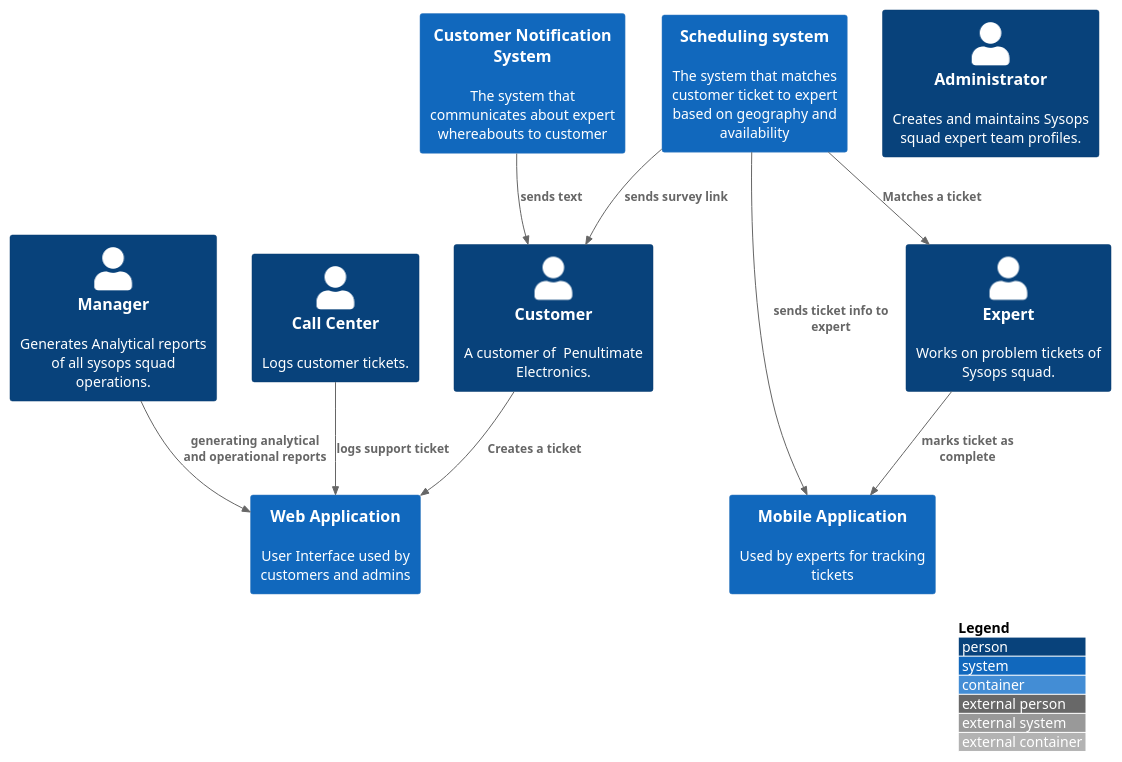
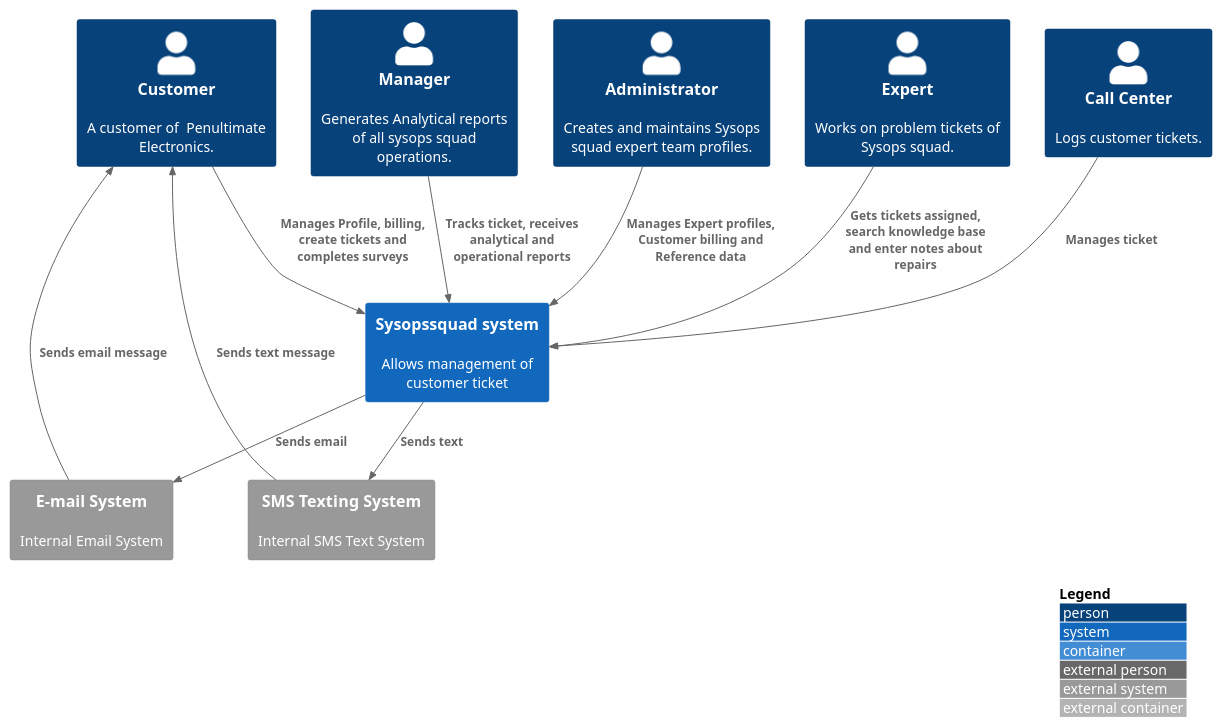
The diagram in src/1 Sysops Squad/system.puml (architectonics/sysopssquad), drawn with PlantUML before and after one commit.

Commit message:
Add Context diagram

```diff
--- a/src/1 Sysops Squad/system.puml
+++ b/src/1 Sysops Squad/system.puml
@@ -1,30 +1,29 @@
 @startuml
 !include https://raw.githubusercontent.com/adrianvlupu/C4-PlantUML/latest/C4_Container.puml
 
 LAYOUT_WITH_LEGEND()
 
 Person(customer, "Customer", "A customer of  Penultimate Electronics.")
 Person(admin, "Administrator", "Creates and maintains Sysops squad expert team profiles.")
 Person(expert, "Expert", "Works on problem tickets of Sysops squad.")
 Person(manager, "Manager", "Generates Analytical reports of all sysops squad operations.")
 Person(agent, "Call Center", "Logs customer tickets.")
 
+System(ss, "Sysopssquad system", "Allows management of customer ticket")
 
-System(ss, "Scheduling system", "The system that matches customer ticket to expert based on geography and availability")
-System(ma, "Mobile Application", "Used by experts for tracking tickets")
-System(wa, "Web Application", "User Interface used by customers and admins")
-System(cns, "Customer Notification System", "The system that communicates about expert whereabouts to customer")
+System_Ext(es, "E-mail System", "Internal Email System")
+System_Ext(sms, "SMS Texting System", "Internal SMS Text System")
 
-
-Rel(customer, wa, "Creates a ticket")
-Rel(ss, expert, "Matches a ticket")
-Rel(ss, ma, "sends ticket info to expert")
-Rel(cns, customer, "sends text")
-Rel(expert, ma, "marks ticket as complete")
-Rel(ss, customer, "sends survey link")
-Rel(agent, wa, "logs support ticket")
-Rel(manager, wa, "generating analytical and operational reports")
+Rel(customer, ss, "Manages Profile, billing, create tickets and completes surveys")
+Rel(expert, ss, "Gets tickets assigned, search knowledge base and enter notes about repairs")
+Rel(agent, ss, "Manages ticket")
+Rel(manager, ss, "Tracks ticket, receives analytical and operational reports")
+Rel(admin, ss, "Manages Expert profiles, Customer billing and Reference data")
+Rel(ss, es, "Sends email")
+Rel(ss, sms, "Sends text")
+Rel(es, customer, "Sends email message")
+Rel(sms, customer, "Sends text message")
 
 
 
 @enduml
```
